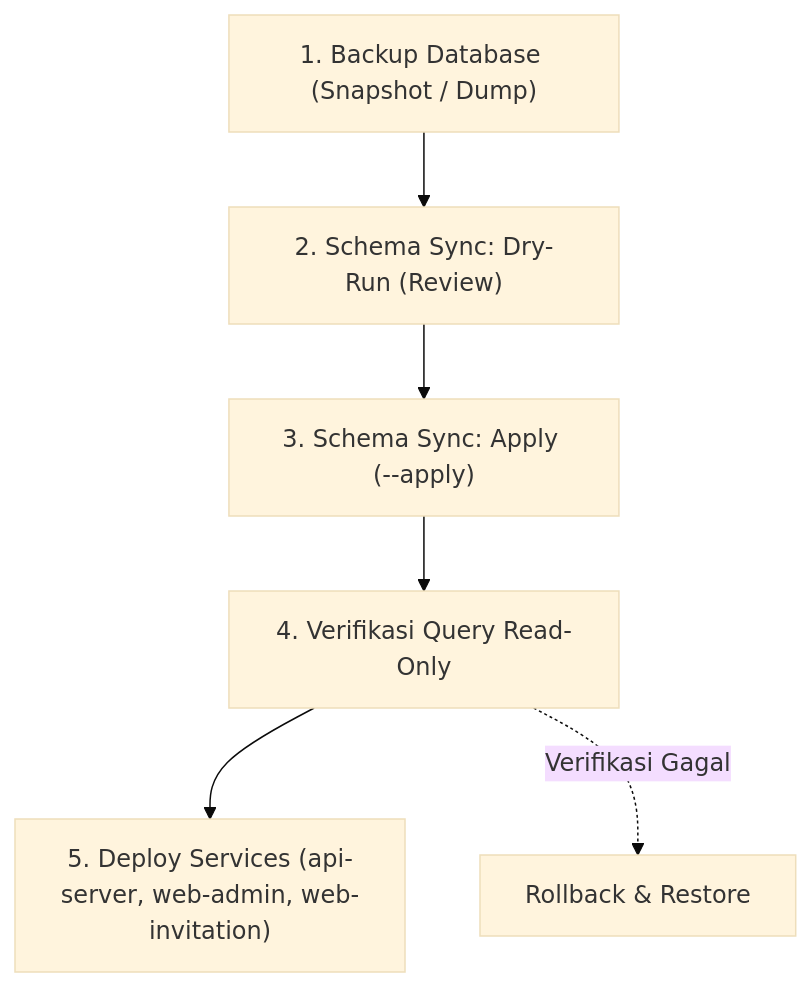
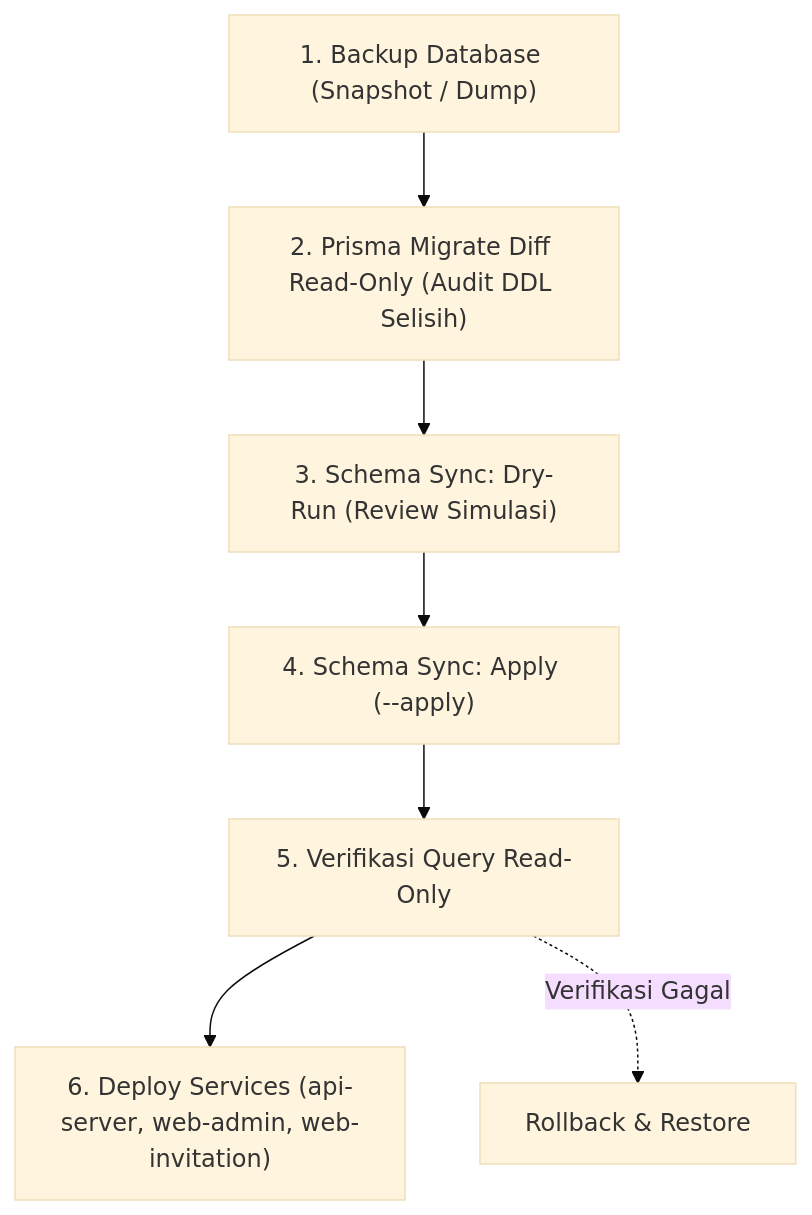
One commit to irul-kafy/irvite-id changed the diagram in docs/ops/deploy-hardening.md. Above: the diagram before and after it, drawn with Mermaid (base theme). The commit also changed other lines of this file, not shown here.

Commit message:
docs(ops): update deploy hardening SOP with migrate diff step

````diff
--- a/docs/ops/deploy-hardening.md
+++ b/docs/ops/deploy-hardening.md
@@ -9,8 +9,9 @@
 ```mermaid
 flowchart TD
-    A["1. Backup Database (Snapshot / Dump)"] --> B["2. Schema Sync: Dry-Run (Review)"]
-    B --> C["3. Schema Sync: Apply (--apply)"]
-    C --> D["4. Verifikasi Query Read-Only"]
-    D --> E["5. Deploy Services (api-server, web-admin, web-invitation)"]
-    D -.->|Verifikasi Gagal| R["Rollback & Restore"]
+    A["1. Backup Database (Snapshot / Dump)"] --> B["2. Prisma Migrate Diff Read-Only (Audit DDL Selisih)"]
+    B --> C["3. Schema Sync: Dry-Run (Review Simulasi)"]
+    C --> D["4. Schema Sync: Apply (--apply)"]
+    D --> E["5. Verifikasi Query Read-Only"]
+    E --> F["6. Deploy Services (api-server, web-admin, web-invitation)"]
+    E -.->|Verifikasi Gagal| R["Rollback & Restore"]
 ```
````
